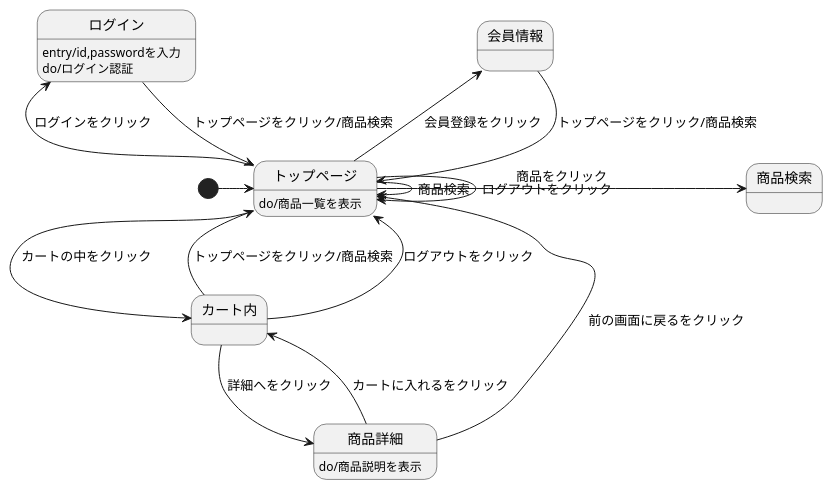
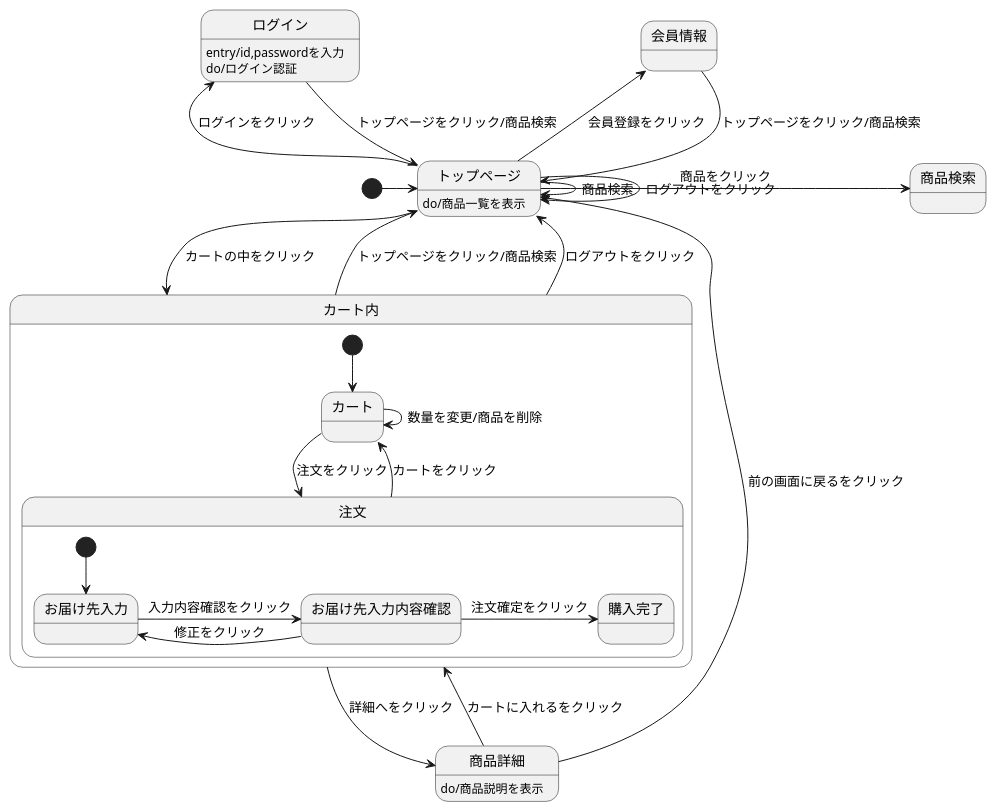
The diagram in 10回チャレンジ課題.md (Aso2001147/2021sys-design), drawn with PlantUML before and after one commit.

````diff
--- a/10回チャレンジ課題.md
+++ b/10回チャレンジ課題.md
@@ -1,24 +1,37 @@
 ```uml 
 @startuml
 
 [*] -> トップページ
 会員情報 --> トップページ : トップページをクリック/商品検索
 ログイン --> トップページ : トップページをクリック/商品検索
 ログイン : entry/id,passwordを入力
 ログイン : do/ログイン認証
 トップページ --> トップページ : ログアウトをクリック
 トップページ -> トップページ : 商品検索
 トップページ -> 商品検索 : 商品をクリック
 トップページ -left-> 会員情報 : 会員登録をクリック
 トップページ -left-> ログイン : ログインをクリック
 トップページ --> カート内 : カートの中をクリック
 トップページ : do/商品一覧を表示
 商品詳細 --> カート内 : カートに入れるをクリック
 商品詳細 --> トップページ : 前の画面に戻るをクリック
 商品詳細 : do/商品説明を表示
 カート内 -up-> トップページ : トップページをクリック/商品検索
 カート内 -up-> トップページ : ログアウトをクリック
 カート内 -> 商品詳細 : 詳細へをクリック
 
+state カート内 {
+  [*] --> カート
+  カート -> 注文 : 注文をクリック
+  カート -> カート : 数量を変更/商品を削除
+  注文 --> カート : カートをクリック
+  state 注文 {
+    [*] --> お届け先入力
+    お届け先入力 -> お届け先入力内容確認 : 入力内容確認をクリック
+    お届け先入力内容確認 -> お届け先入力 : 修正をクリック
+    お届け先入力内容確認 -> 購入完了 : 注文確定をクリック
+  }
+}
+
 @enduml
 ```
````
